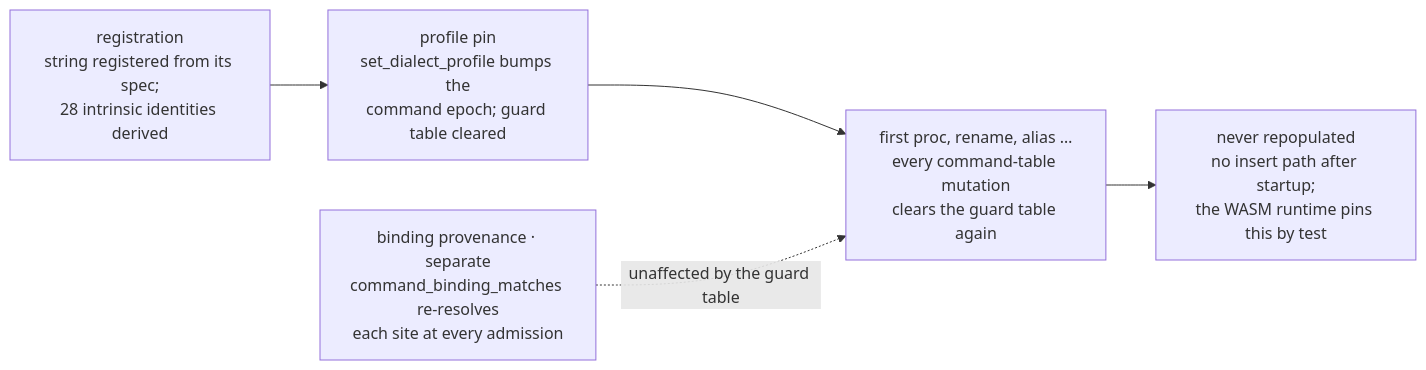
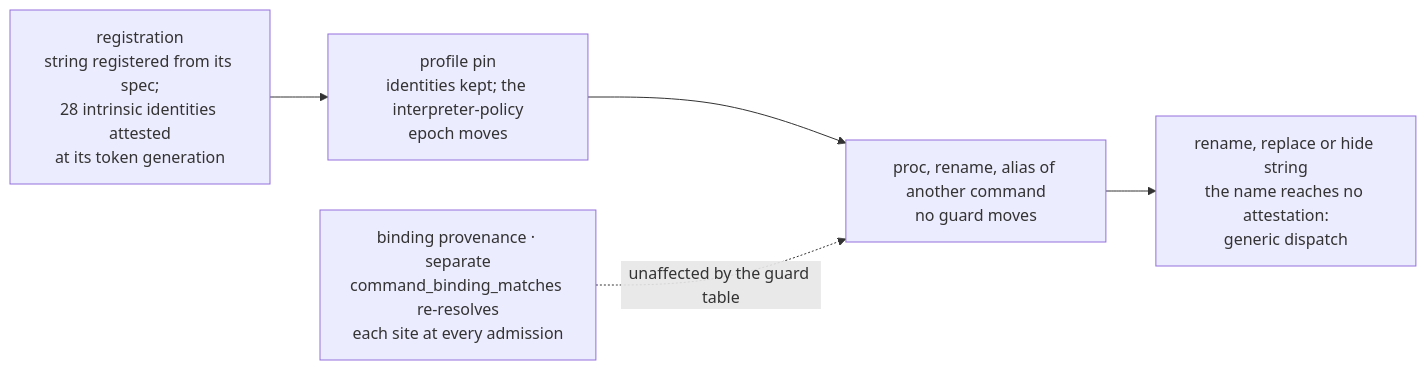
The second of 4 diagrams in docs/design/compiler/registry-consumer-contracts.md (bitwisecook/tcl-lsp), drawn with Mermaid before and after one commit. The commit also changed other lines of this file and 9 other files, not shown here.

````diff
--- a/docs/design/compiler/registry-consumer-contracts.md
+++ b/docs/design/compiler/registry-consumer-contracts.md
@@ -1501,10 +1511,10 @@
 ```mermaid
 flowchart LR
-    R["registration<br/>string registered from its spec;<br/>28 intrinsic identities derived"]
-    P["profile pin<br/>set_dialect_profile bumps the<br/>command epoch; guard table cleared"]
-    M["first proc, rename, alias …<br/>every command-table mutation<br/>clears the guard table again"]
-    N["never repopulated<br/>no insert path after startup;<br/>the WASM runtime pins this by test"]
+    R["registration<br/>string registered from its spec;<br/>28 intrinsic identities attested<br/>at its token generation"]
+    P["profile pin<br/>identities kept; the interpreter-policy<br/>epoch moves"]
+    M["proc, rename, alias of another command<br/>no guard moves"]
+    N["rename, replace or hide string<br/>the name reaches no attestation:<br/>generic dispatch"]
     R --> P --> M --> N
     B["binding provenance · separate<br/>command_binding_matches re-resolves<br/>each site at every admission"]
     B -. unaffected by the guard table .-> M
 ```
````
